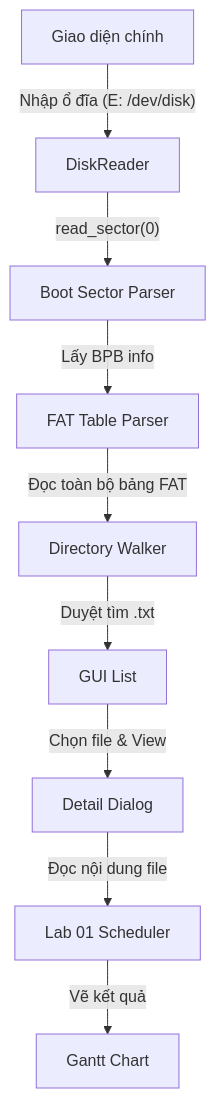
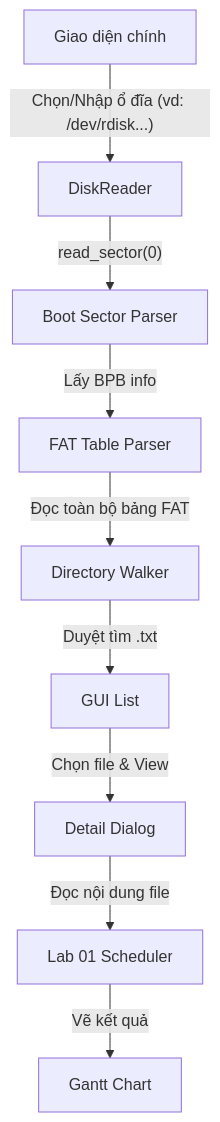
The diagram in Explain.md (nguyen-1610/CPU-Scheduling), drawn with Mermaid before and after one commit. The commit also changed other lines of this file and 4 other files, not shown here.

````diff
--- a/Explain.md
+++ b/Explain.md
@@ -12,11 +12,11 @@
 ```mermaid
 graph TD
-    A[Giao diện chính] -- "Nhập ổ đĩa (E: /dev/disk)" --> B[DiskReader]
+    A[Giao diện chính] -- "Chọn/Nhập ổ đĩa (vd: /dev/rdisk...)" --> B[DiskReader]
     B -- "read_sector(0)" --> C[Boot Sector Parser]
     C -- "Lấy BPB info" --> D[FAT Table Parser]
     D -- "Đọc toàn bộ bảng FAT" --> E[Directory Walker]
     E -- "Duyệt tìm .txt" --> F[GUI List]
     F -- "Chọn file & View" --> G[Detail Dialog]
     G -- "Đọc nội dung file" --> H[Lab 01 Scheduler]
     H -- "Vẽ kết quả" --> I[Gantt Chart]
 ```
````
